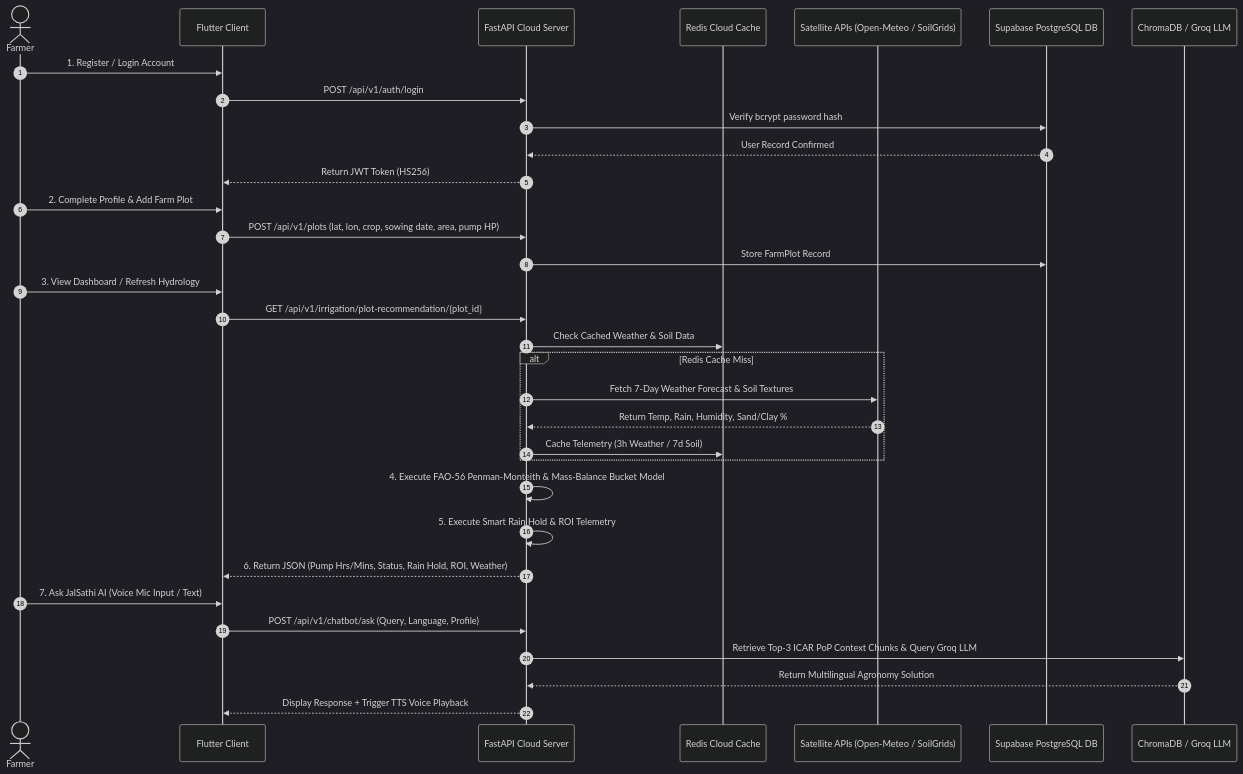
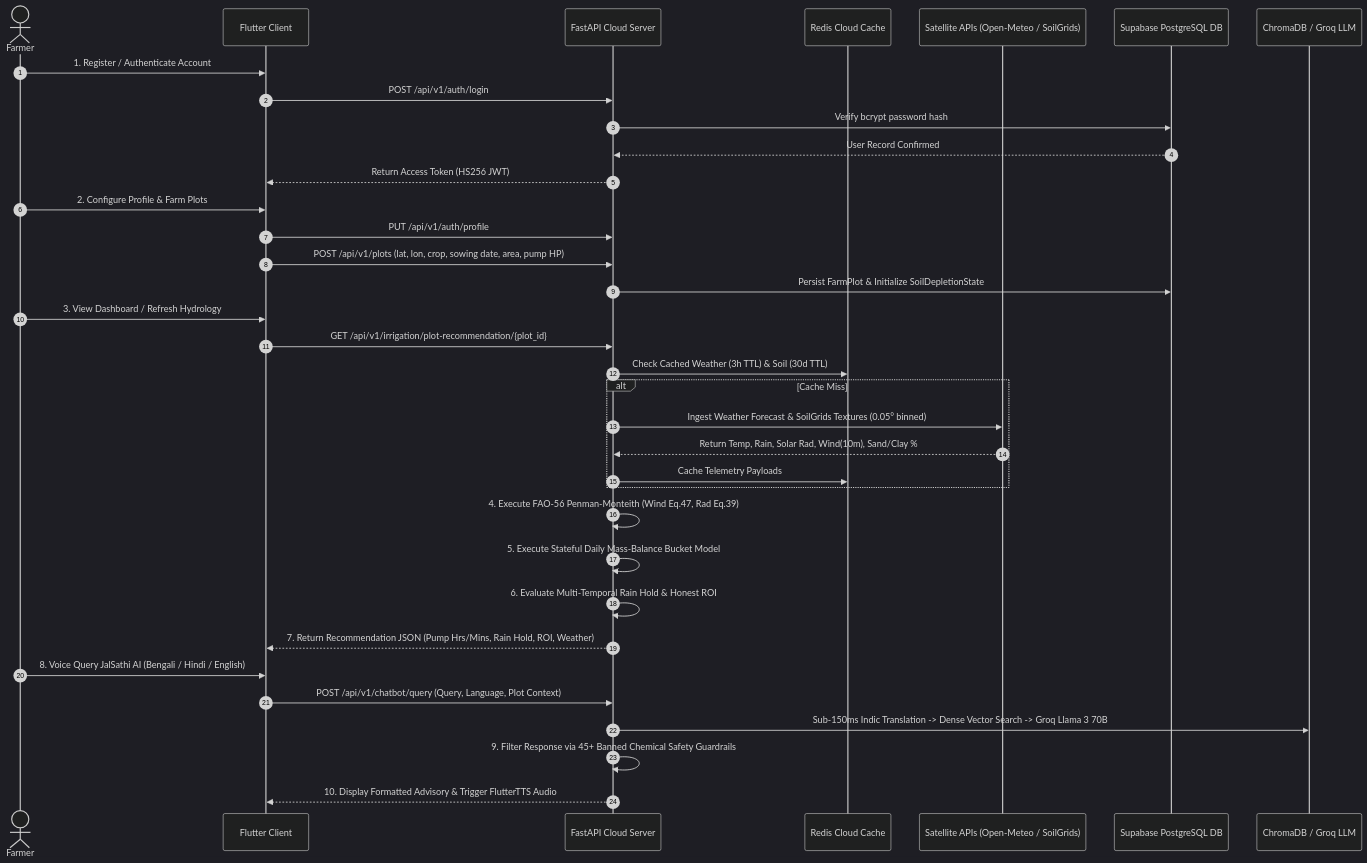
One commit to arpanpramanik2003/JalDrishti-AI changed the first of 4 diagrams in MASTER_PROJECT_DOCUMENTATION.md. Above: the diagram before and after it, drawn with Mermaid (dark theme). The commit also changed other lines of this file, not shown here.

Commit message:
docs: add contributor profiles and refine technical documentation for JalDrishti architecture and features

````diff
--- a/MASTER_PROJECT_DOCUMENTATION.md
+++ b/MASTER_PROJECT_DOCUMENTATION.md
@@ -88,39 +100,41 @@
 ```mermaid
 sequenceDiagram
     autonumber
     actor Farmer
     participant Mobile as Flutter Client
     participant API as FastAPI Cloud Server
     participant Cache as Redis Cloud Cache
     participant Sat as Satellite APIs (Open-Meteo / SoilGrids)
     participant DB as Supabase PostgreSQL DB
     participant RAG as ChromaDB / Groq LLM
 
-    Farmer->>Mobile: 1. Register / Login Account
+    Farmer->>Mobile: 1. Register / Authenticate Account
     Mobile->>API: POST /api/v1/auth/login
     API->>DB: Verify bcrypt password hash
     DB-->>API: User Record Confirmed
-    API-->>Mobile: Return JWT Token (HS256)
+    API-->>Mobile: Return Access Token (HS256 JWT)
 
-    Farmer->>Mobile: 2. Complete Profile & Add Farm Plot
+    Farmer->>Mobile: 2. Configure Profile & Farm Plots
+    Mobile->>API: PUT /api/v1/auth/profile
     Mobile->>API: POST /api/v1/plots (lat, lon, crop, sowing date, area, pump HP)
-    API->>DB: Store FarmPlot Record
+    API->>DB: Persist FarmPlot & Initialize SoilDepletionState
 
     Farmer->>Mobile: 3. View Dashboard / Refresh Hydrology
     Mobile->>API: GET /api/v1/irrigation/plot-recommendation/{plot_id}
-    API->>Cache: Check Cached Weather & Soil Data
-    alt Redis Cache Miss
-        API->>Sat: Fetch 7-Day Weather Forecast & Soil Textures
-        Sat-->>API: Return Temp, Rain, Humidity, Sand/Clay %
-        API->>Cache: Cache Telemetry (3h Weather / 7d Soil)
+    API->>Cache: Check Cached Weather (3h TTL) & Soil (30d TTL)
+    alt Cache Miss
+        API->>Sat: Ingest Weather Forecast & SoilGrids Textures (0.05° binned)
+        Sat-->>API: Return Temp, Rain, Solar Rad, Wind(10m), Sand/Clay %
+        API->>Cache: Cache Telemetry Payloads
     end
-    API->>API: 4. Execute FAO-56 Penman-Monteith & Mass-Balance Bucket Model
-    API->>API: 5. Execute Smart Rain Hold & ROI Telemetry
-    API-->>Mobile: 6. Return JSON (Pump Hrs/Mins, Status, Rain Hold, ROI, Weather)
+    API->>API: 4. Execute FAO-56 Penman-Monteith (Wind Eq.47, Rad Eq.39)
+    API->>API: 5. Execute Stateful Daily Mass-Balance Bucket Model
+    API->>API: 6. Evaluate Multi-Temporal Rain Hold & Honest ROI
+    API-->>Mobile: 7. Return Recommendation JSON (Pump Hrs/Mins, Rain Hold, ROI, Weather)
 
-    Farmer->>Mobile: 7. Ask JalSathi AI (Voice Mic Input / Text)
-    Mobile->>API: POST /api/v1/chatbot/ask (Query, Language, Profile)
-    API->>RAG: Retrieve Top-3 ICAR PoP Context Chunks & Query Groq LLM
-    RAG-->>API: Return Multilingual Agronomy Solution
-    API-->>Mobile: Display Response + Trigger TTS Voice Playback
+    Farmer->>Mobile: 8. Voice Query JalSathi AI (Bengali / Hindi / English)
+    Mobile->>API: POST /api/v1/chatbot/query (Query, Language, Plot Context)
+    API->>RAG: Sub-150ms Indic Translation -> Dense Vector Search -> Groq Llama 3 70B
+    API->>API: 9. Filter Response via 45+ Banned Chemical Safety Guardrails
+    API-->>Mobile: 10. Display Formatted Advisory & Trigger FlutterTTS Audio
 ```
````
